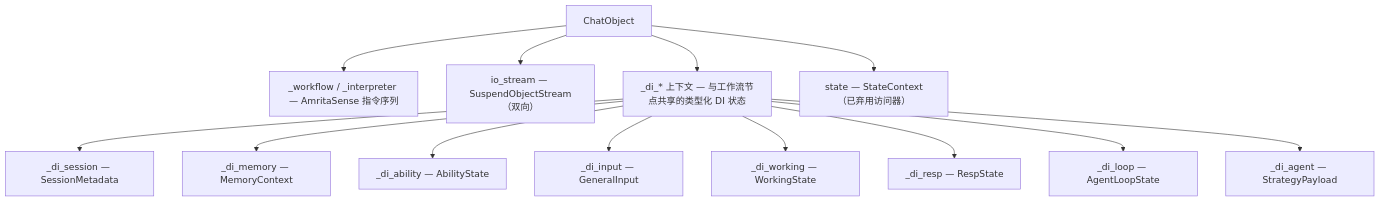
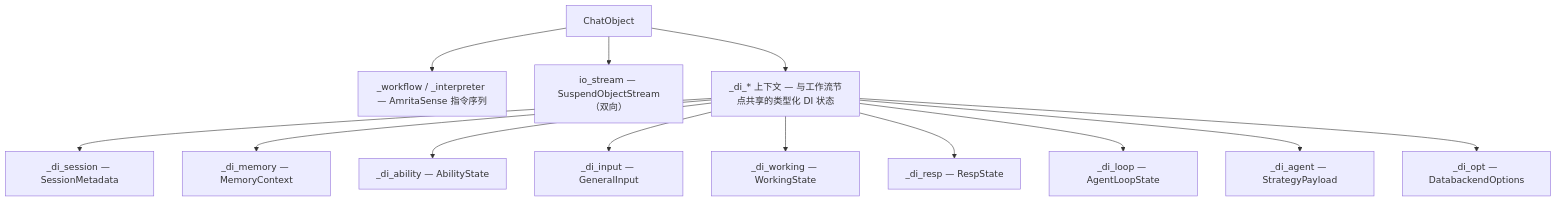
The first of 2 diagrams in docs/docs/zh/guide/concepts/chat-object.md (AmritaBot/AmritaCore), drawn with Mermaid before and after one commit. The commit also changed other lines of this file and 239 other files, not shown here.

````diff
--- a/docs/docs/zh/guide/concepts/chat-object.md
+++ b/docs/docs/zh/guide/concepts/chat-object.md
@@ -9,15 +9,15 @@
 ```mermaid
 flowchart TD
     CO["ChatObject"] --> WF["_workflow / _interpreter — AmritaSense 指令序列"]
     CO --> IO["io_stream — SuspendObjectStream（双向）"]
     CO --> DI["_di_* 上下文 — 与工作流节点共享的类型化 DI 状态"]
-    CO --> ST["state — StateContext（已弃用访问器）"]
     DI --> S1["_di_session — SessionMetadata"]
     DI --> S2["_di_memory — MemoryContext"]
     DI --> S3["_di_ability — AbilityState"]
     DI --> S4["_di_input — GeneralInput"]
     DI --> S5["_di_working — WorkingState"]
     DI --> S6["_di_resp — RespState"]
     DI --> S7["_di_loop — AgentLoopState"]
     DI --> S8["_di_agent — StrategyPayload"]
+    DI --> S9["_di_opt — DatabackendOptions"]
 ```
````
